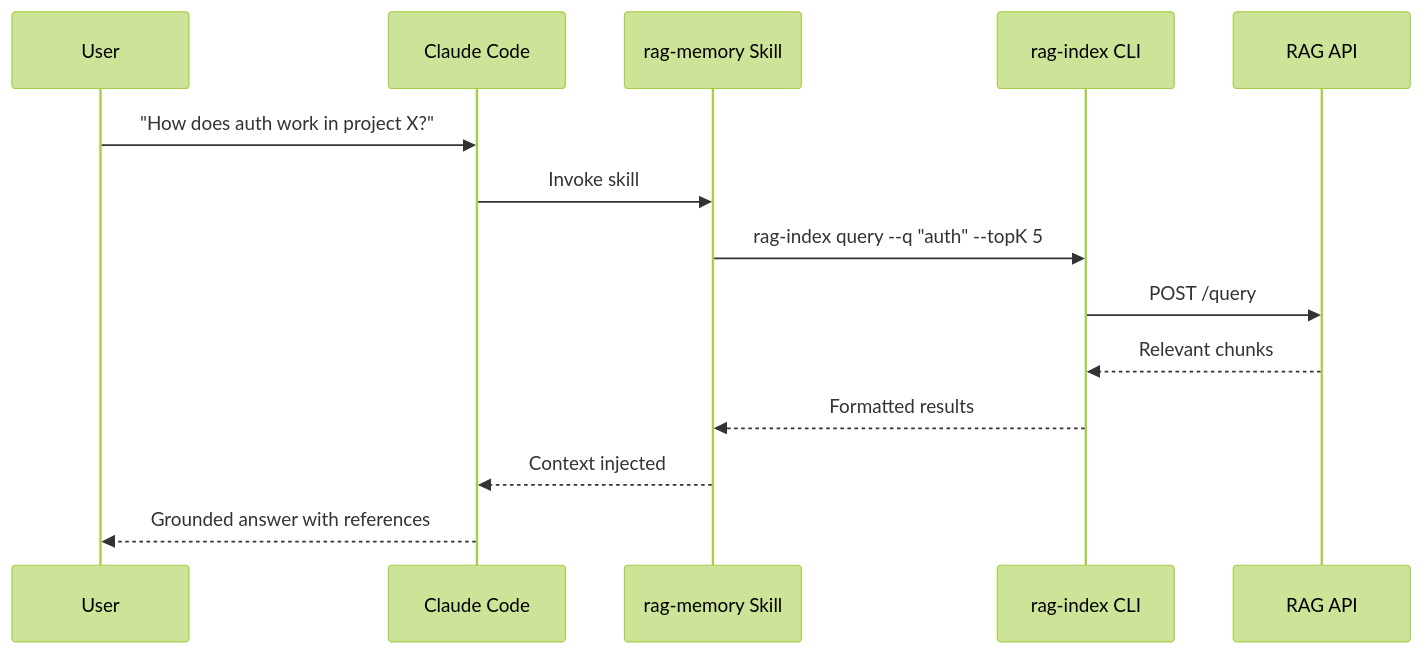
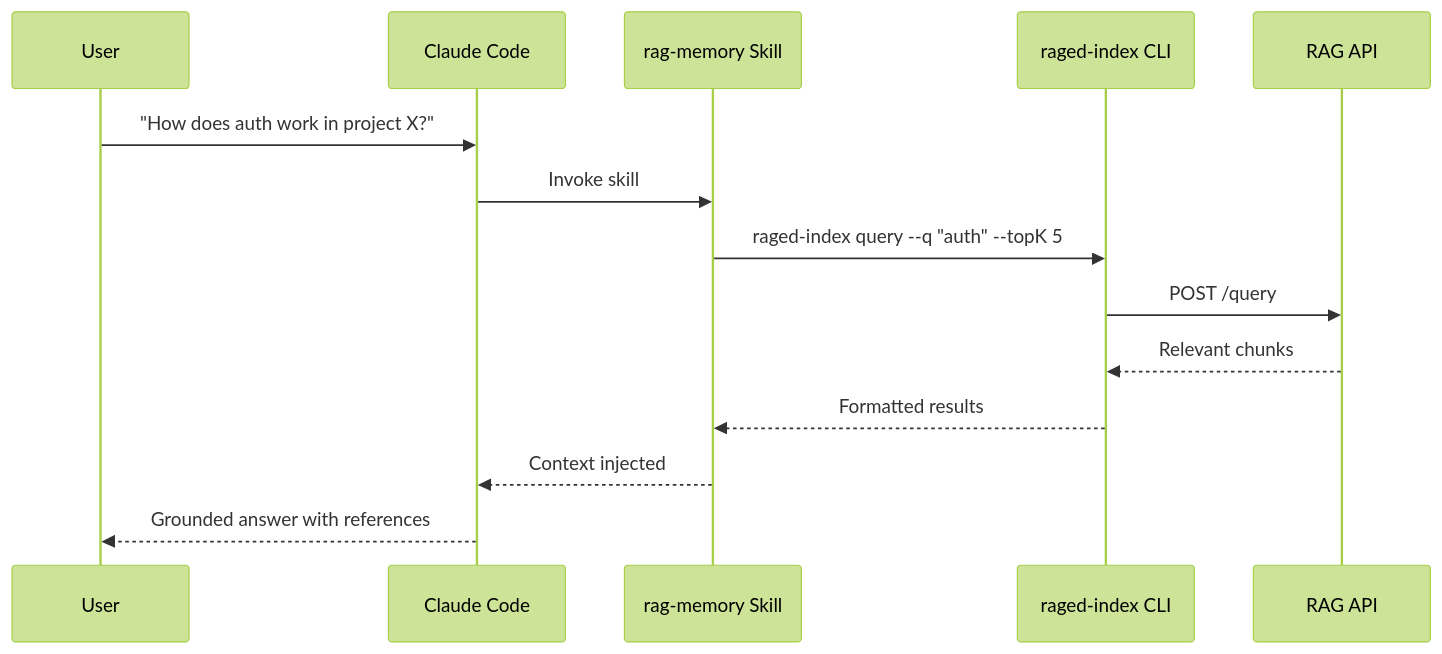
The first of 2 diagrams in docs/04-claude-skills.md (mfittko/raged), drawn with Mermaid (forest theme) before and after one commit. The commit also changed other lines of this file and 17 other files, not shown here.

````diff
--- a/docs/04-claude-skills.md
+++ b/docs/04-claude-skills.md
@@ -11,17 +11,17 @@
 ```mermaid
 sequenceDiagram
     participant U as User
     participant C as Claude Code
     participant S as rag-memory Skill
-    participant CLI as rag-index CLI
+    participant CLI as raged-index CLI
     participant API as RAG API
 
     U->>C: "How does auth work in project X?"
     C->>S: Invoke skill
-    S->>CLI: rag-index query --q "auth" --topK 5
+    S->>CLI: raged-index query --q "auth" --topK 5
     CLI->>API: POST /query
     API-->>CLI: Relevant chunks
     CLI-->>S: Formatted results
     S-->>C: Context injected
     C-->>U: Grounded answer with references
 ```
````
